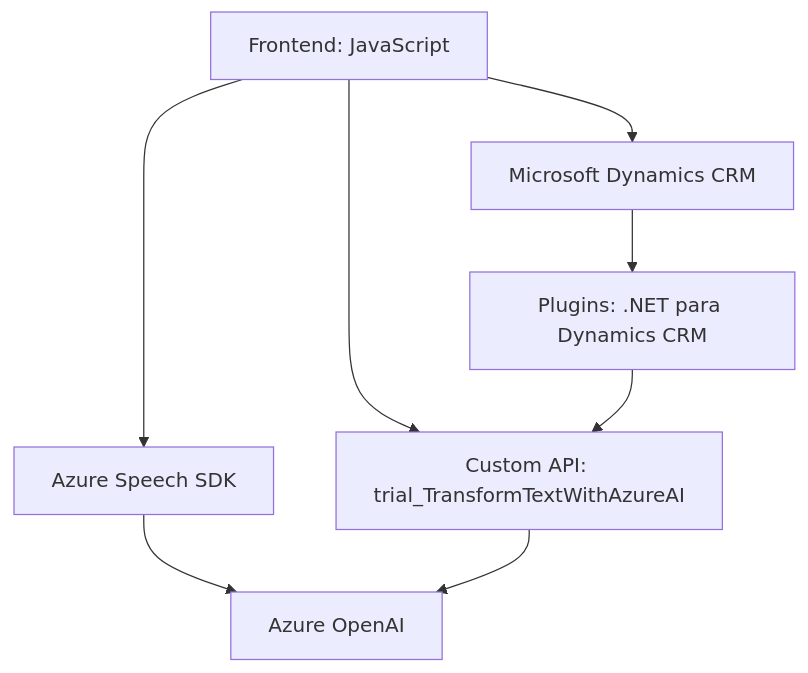
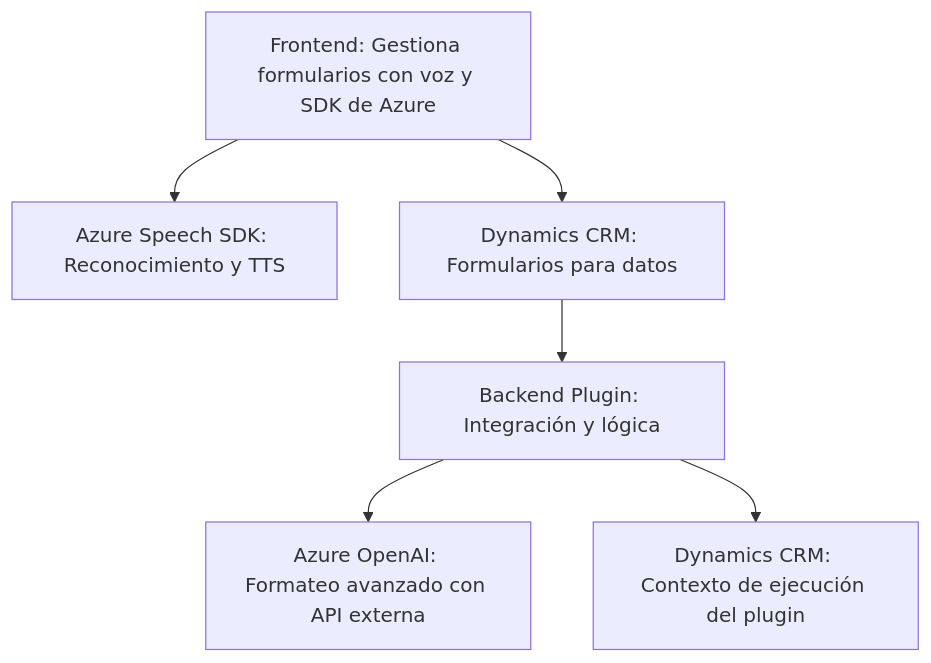
One commit to blopezdm/NETCORE_BILBAO2025 changed the diagram in README.md. Above: the diagram before and after it, drawn with Mermaid. The commit also changed other lines of this file, not shown here.

Commit message:
Actualizar análisis global de la solución con IA

````diff
--- a/README.md
+++ b/README.md
@@ -34,17 +32,8 @@
 ```mermaid
 graph TD
-    A["Frontend: JavaScript"]
-    B["Azure Speech SDK"]
-    C["Plugins: .NET para Dynamics CRM"]
-    D["Custom API: trial_TransformTextWithAzureAI"]
-    E["Azure OpenAI"]
-    F["Microsoft Dynamics CRM"]
-
-    A --> B
-    A --> D
-    B --> E
-    D --> E
-    F --> C
-    C --> D
-    A --> F
+    A["Frontend: Gestiona formularios con voz y SDK de Azure"] --> B["Azure Speech SDK: Reconocimiento y TTS"]
+    A --> C["Dynamics CRM: Formularios para datos"]
+    C --> D["Backend Plugin: Integración y lógica"]
+    D --> E["Azure OpenAI: Formateo avanzado con API externa"]
+    D --> F["Dynamics CRM: Contexto de ejecución del plugin"]
 ```
````
